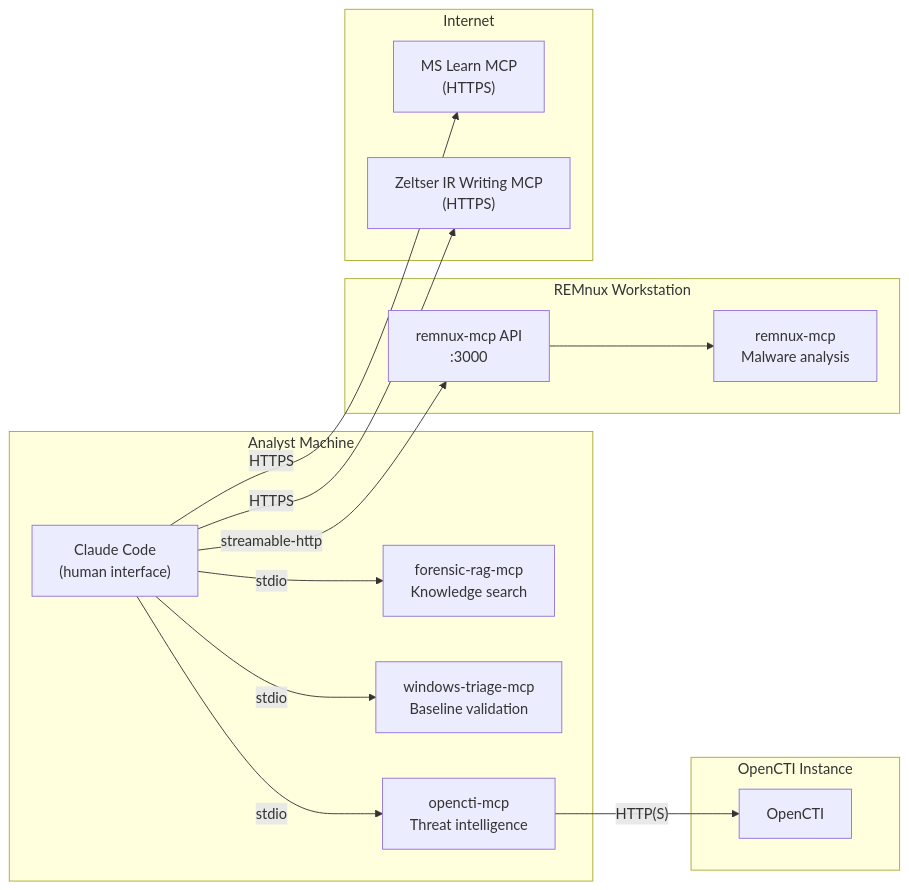
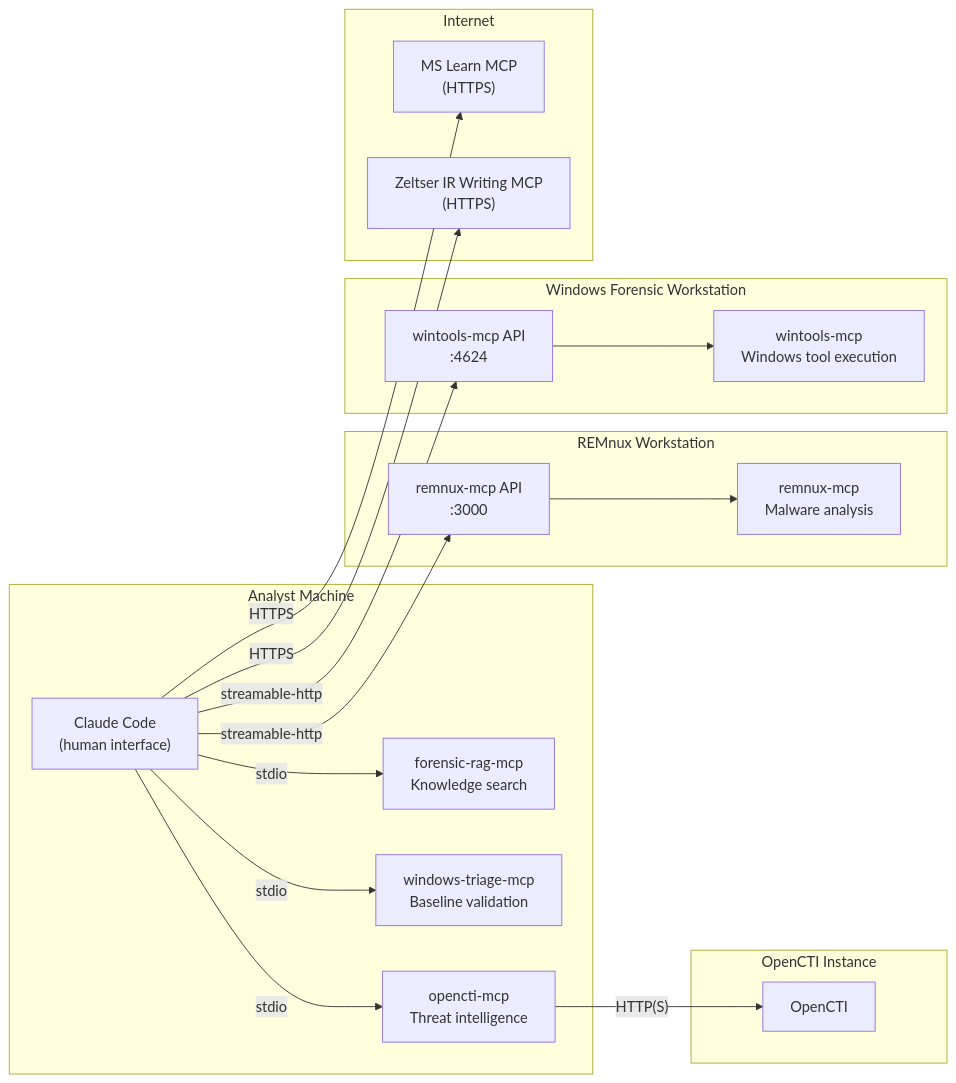
The second of 8 diagrams in README.md (AppliedIR/aiir), drawn with Mermaid before and after one commit. The commit also changed other lines of this file and 1 other file, not shown here.

Commit message:
add wintools to lite diagram, fix deny rules count 44 to 41

````diff
--- a/README.md
+++ b/README.md
@@ -70,33 +70,40 @@
 ```mermaid
 graph LR
     subgraph analyst ["Analyst Machine"]
         CC["Claude Code<br/>(human interface)"]
         FR["forensic-rag-mcp<br/>Knowledge search"]
         WTR["windows-triage-mcp<br/>Baseline validation"]
         OC["opencti-mcp<br/>Threat intelligence"]
 
         CC -->|stdio| FR
         CC -->|stdio| WTR
         CC -->|stdio| OC
     end
 
     subgraph octi ["OpenCTI Instance"]
         OCTI[OpenCTI]
     end
 
     subgraph remnux ["REMnux Workstation"]
         RAPI["remnux-mcp API<br/>:3000"]
         RMX["remnux-mcp<br/>Malware analysis"]
         RAPI --> RMX
     end
 
+    subgraph winbox ["Windows Forensic Workstation"]
+        WAPI["wintools-mcp API<br/>:4624"]
+        WMX["wintools-mcp<br/>Windows tool execution"]
+        WAPI --> WMX
+    end
+
     subgraph internet ["Internet"]
         ML["MS Learn MCP<br/>(HTTPS)"]
         ZE["Zeltser IR Writing MCP<br/>(HTTPS)"]
     end
 
     CC -->|"streamable-http"| RAPI
+    CC -->|"streamable-http"| WAPI
     CC -->|"HTTPS"| ML
     CC -->|"HTTPS"| ZE
     OC -->|"HTTP(S)"| OCTI
 ```
````
